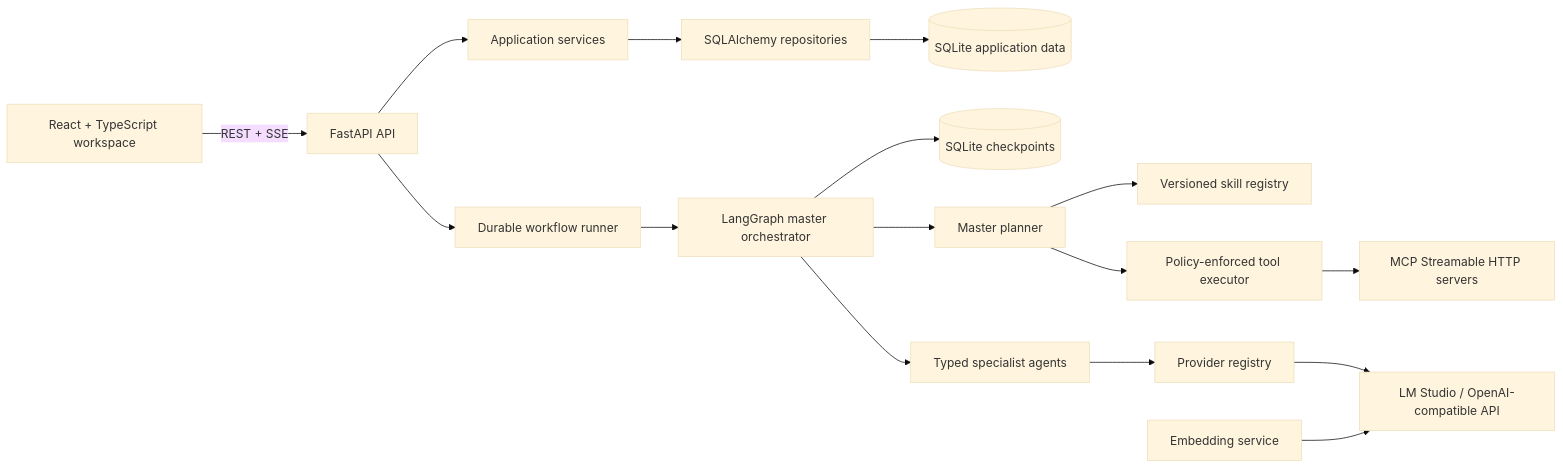
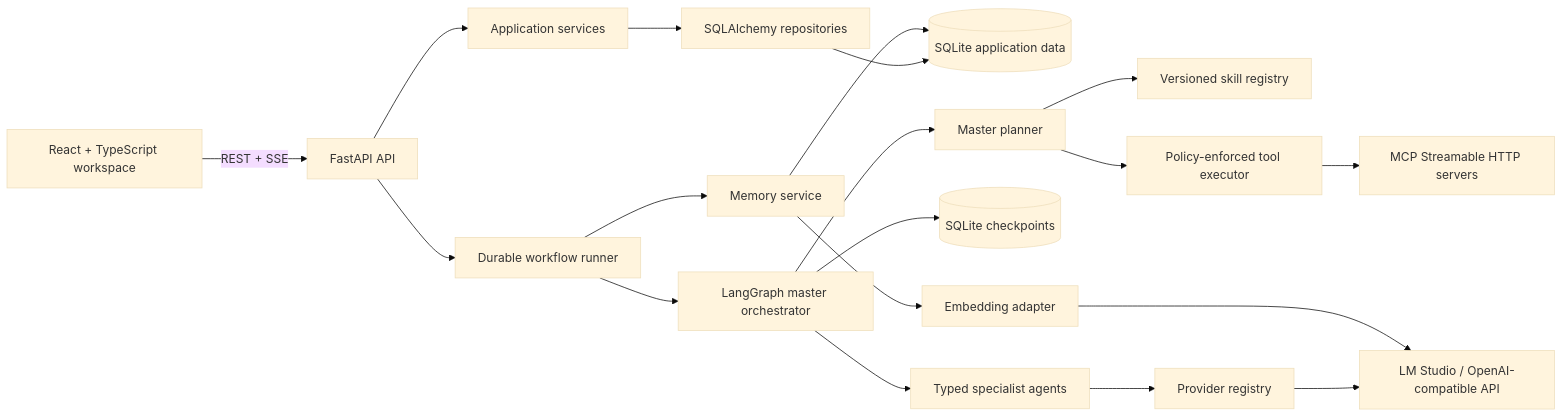
One commit to venkatesh27das/ai_for_data_platform changed the first of 4 diagrams in README.md. Above: the diagram before and after it, drawn with Mermaid (base theme). The commit also changed other lines of this file and 19 other files, not shown here.

````diff
--- a/README.md
+++ b/README.md
@@ -380,18 +390,21 @@
 ```mermaid
 flowchart LR
   UI["React + TypeScript workspace"] -->|"REST + SSE"| API["FastAPI API"]
   API --> RUN["Durable workflow runner"]
   API --> SVC["Application services"]
   SVC --> REPO["SQLAlchemy repositories"]
   REPO --> DB[("SQLite application data")]
+  RUN --> MEMORY["Memory service"]
+  MEMORY --> DB
+  MEMORY --> EMBED["Embedding adapter"]
   RUN --> GRAPH["LangGraph master orchestrator"]
   GRAPH --> CP[("SQLite checkpoints")]
   GRAPH --> PLAN["Master planner"]
   PLAN --> SKILLS["Versioned skill registry"]
   PLAN --> TOOLS["Policy-enforced tool executor"]
   TOOLS --> MCP["MCP Streamable HTTP servers"]
   GRAPH --> AGENTS["Typed specialist agents"]
   AGENTS --> LLM["Provider registry"]
   LLM --> LM["LM Studio / OpenAI-compatible API"]
-  EMBED["Embedding service"] --> LM
+  EMBED --> LM
 ```
````
